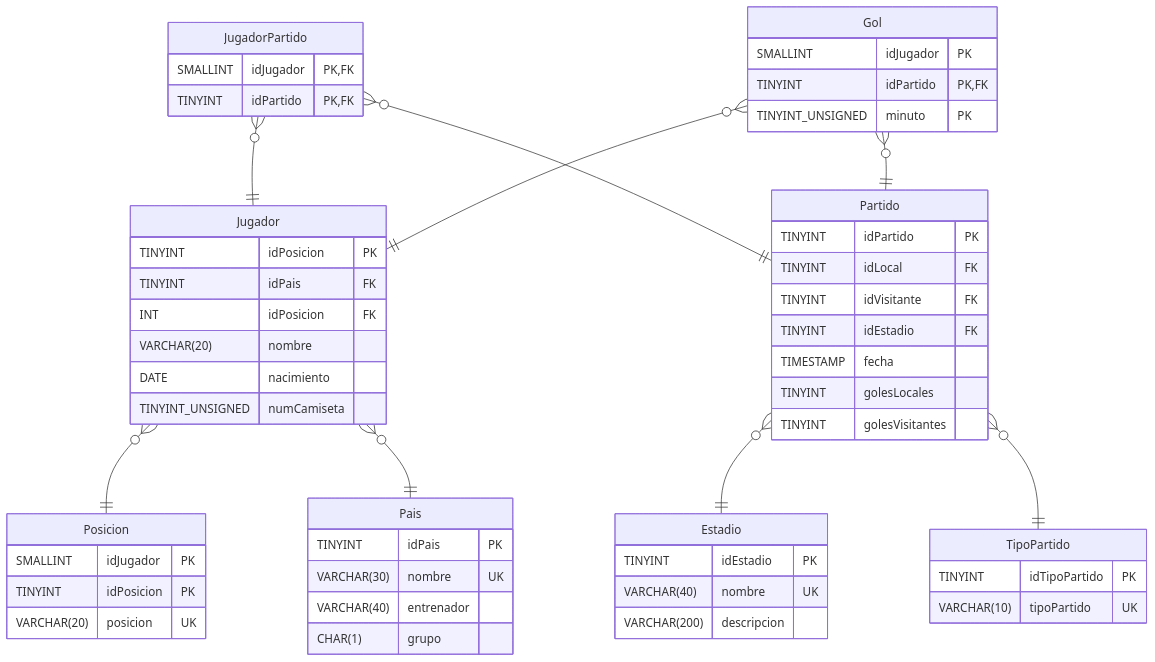
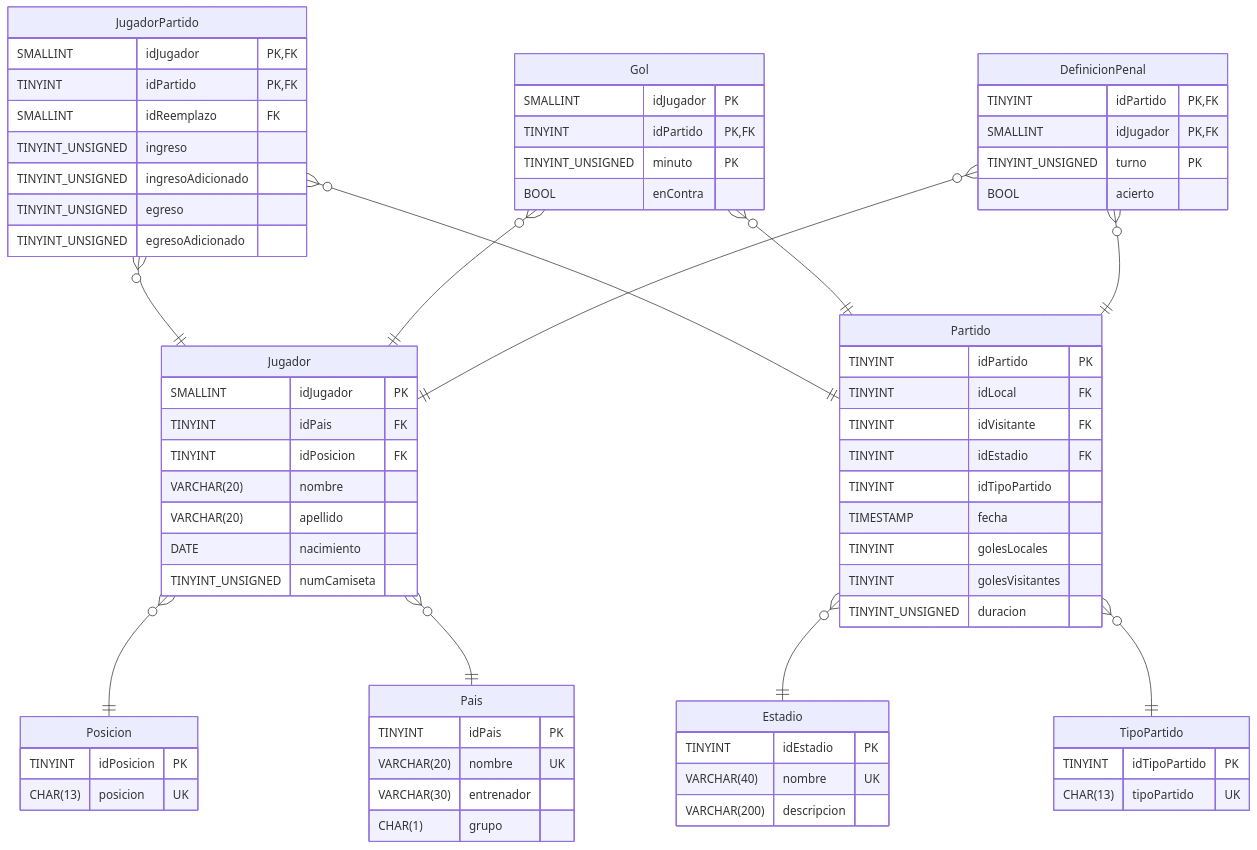
Before and after one commit to PasandiLuka/BD-Mundial22: the diagram in README.md, drawn with Mermaid. The commit also changed other lines of this file and 4 other files, not shown here.

````diff
--- a/README.md
+++ b/README.md
@@ -6,60 +6,76 @@
 ```mermaid
 erDiagram
-    Pais{
+    Pais{   
         TINYINT idPais PK
-        VARCHAR(30) nombre UK
-        VARCHAR(40) entrenador
+        VARCHAR(20) nombre UK
+        VARCHAR(30) entrenador
         CHAR(1) grupo
     }
     Estadio{
         TINYINT idEstadio PK
         VARCHAR(40) nombre UK
         VARCHAR(200) descripcion
     }
     TipoPartido{
         TINYINT idTipoPartido PK
-        VARCHAR(10) tipoPartido UK
+        CHAR(13) tipoPartido UK
     }
     Partido{
         TINYINT idPartido PK
         TINYINT idLocal FK
         TINYINT idVisitante FK
         TINYINT idEstadio FK
+        TINYINT idTipoPartido
         TIMESTAMP fecha
         TINYINT golesLocales
         TINYINT golesVisitantes
+        TINYINT_UNSIGNED duracion
     }
     Posicion{
-        SMALLINT idJugador PK
         TINYINT idPosicion PK
-        VARCHAR(20) posicion UK
+        CHAR(13) posicion UK
     }
     Jugador{
-        TINYINT idPosicion PK
+        SMALLINT idJugador PK
         TINYINT idPais FK
-        INT idPosicion FK
-        VARCHAR(20) nombre 
+        TINYINT idPosicion FK
+        VARCHAR(20) nombre
+        VARCHAR(20) apellido
         DATE nacimiento 
         TINYINT_UNSIGNED numCamiseta
     }
     JugadorPartido{
         SMALLINT idJugador PK, FK
         TINYINT idPartido PK, FK
+        SMALLINT idReemplazo FK
+        TINYINT_UNSIGNED ingreso
+        TINYINT_UNSIGNED ingresoAdicionado
+        TINYINT_UNSIGNED egreso
+        TINYINT_UNSIGNED egresoAdicionado
     }
     Gol{
         SMALLINT idJugador PK
         TINYINT idPartido PK, FK
         TINYINT_UNSIGNED minuto PK
+        BOOL enContra
+    }
+    DefinicionPenal{
+        TINYINT idPartido PK, FK
+        SMALLINT idJugador PK, FK
+        TINYINT_UNSIGNED turno PK
+        BOOL acierto
     }
 
     Jugador }o--|| Posicion :""
     Jugador }o--|| Pais :""
     Partido }o--|| Estadio :""
     Partido }o--|| TipoPartido :""
     JugadorPartido }o--|| Jugador :""
     JugadorPartido }o--|| Partido :""
     Gol }o--|| Jugador :""
     Gol }o--|| Partido :""
+    DefinicionPenal }o--|| Jugador :""
+    DefinicionPenal }o--|| Partido :""
 
 
 ```
````
